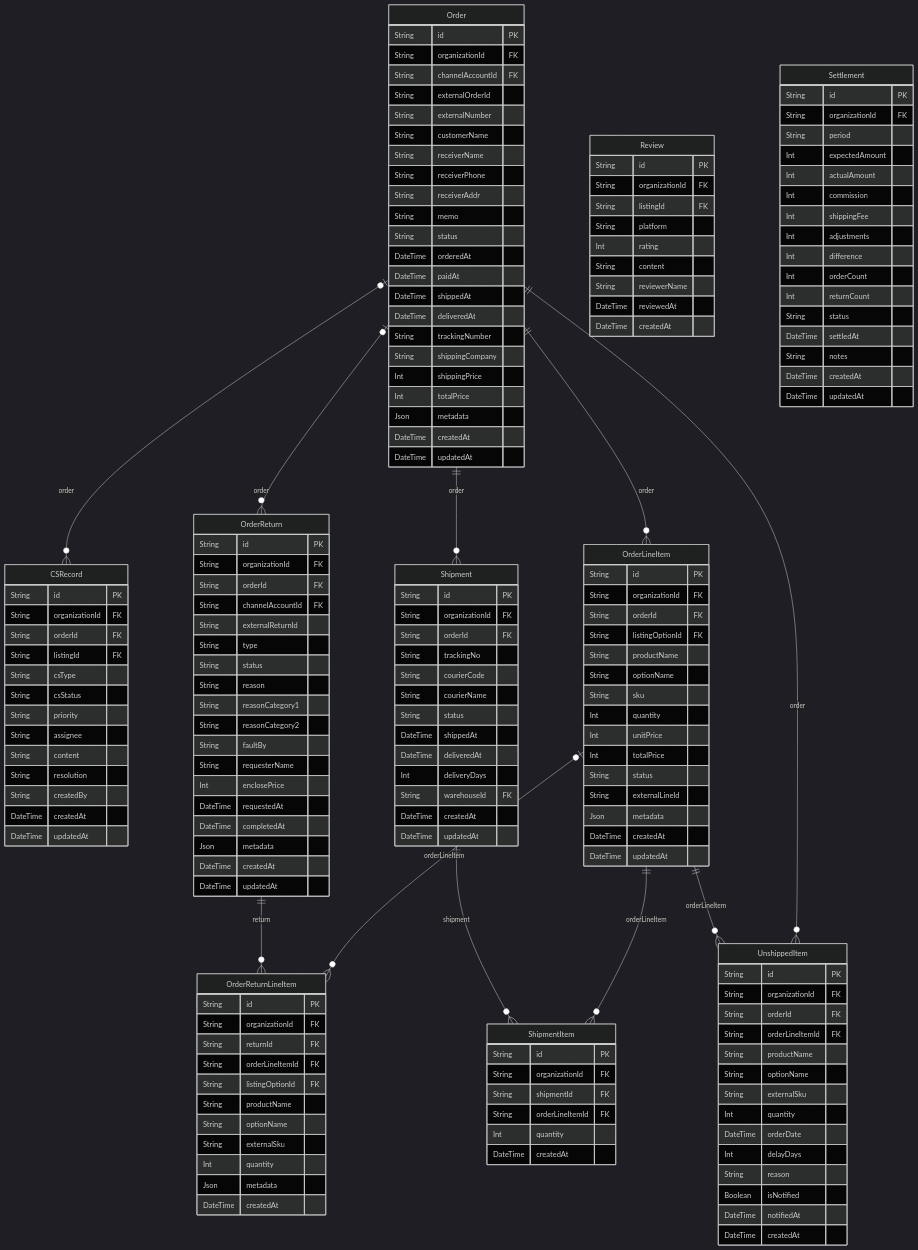
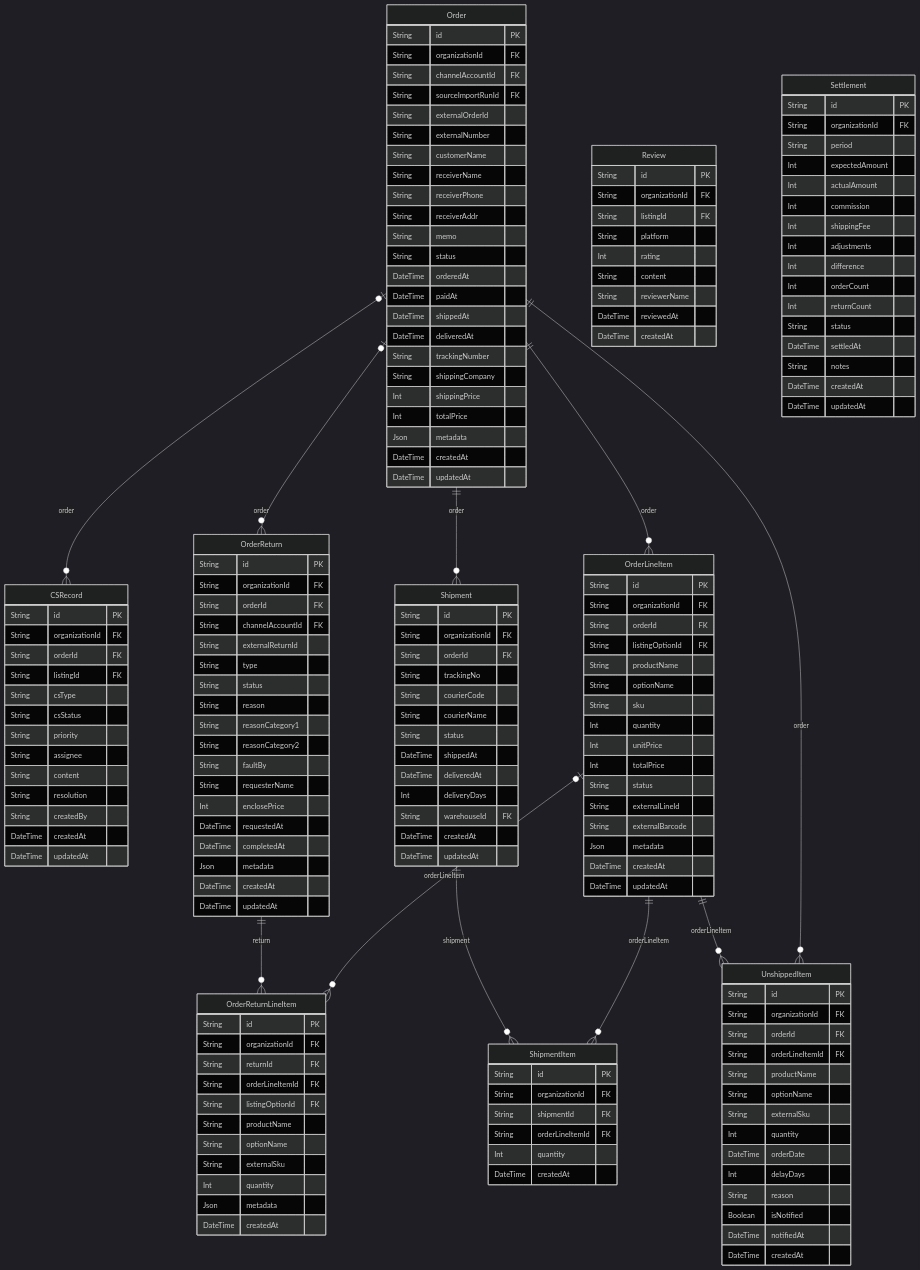
One commit to AgentFoundry-Labs/kiditem changed the diagram in docs/erd/orders.md. Above: the diagram before and after it, drawn with Mermaid (dark theme). The commit also changed other lines of this file and 18 other files, not shown here.

```diff
--- a/docs/erd/orders.md
+++ b/docs/erd/orders.md
@@ -43,6 +43,7 @@
     String id PK
     String organizationId FK
     String channelAccountId FK
+    String sourceImportRunId FK
     String externalOrderId
     String externalNumber
     String customerName
@@ -76,6 +77,7 @@
     Int totalPrice
     String status
     String externalLineId
+    String externalBarcode
     Json metadata
     DateTime createdAt
     DateTime updatedAt
```
